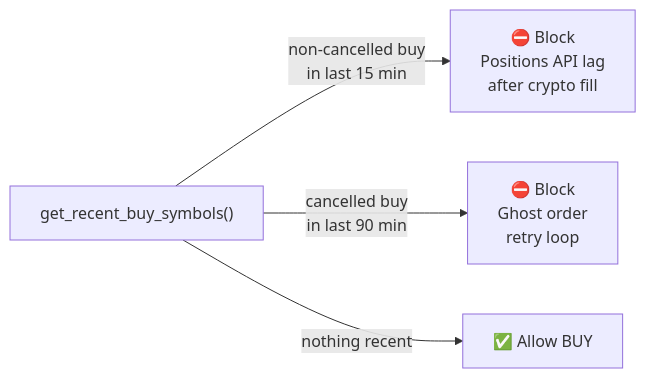
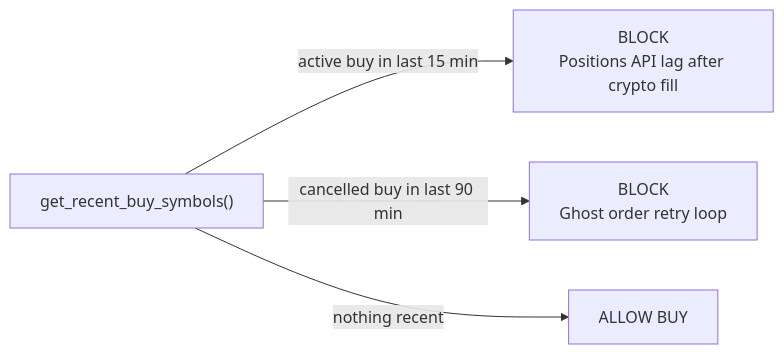
The sixth of 6 diagrams in README.md (vanrajbohra-ds/trading-bot), drawn with Mermaid before and after one commit. The commit also changed other lines of this file, not shown here.

First line of the commit message:
Fix Mermaid diagram syntax for GitHub renderer

````diff
--- a/README.md
+++ b/README.md
@@ -218,8 +197,8 @@
 ```mermaid
 flowchart LR
     CHECK["get_recent_buy_symbols()"]
 
-    CHECK -->|"non-cancelled buy\nin last 15 min"| B1["⛔ Block\nPositions API lag\nafter crypto fill"]
-    CHECK -->|"cancelled buy\nin last 90 min"| B2["⛔ Block\nGhost order\nretry loop"]
-    CHECK -->|"nothing recent"| OK["✅ Allow BUY"]
+    CHECK -->|"active buy in last 15 min"| B1["BLOCK\nPositions API lag after crypto fill"]
+    CHECK -->|"cancelled buy in last 90 min"| B2["BLOCK\nGhost order retry loop"]
+    CHECK -->|"nothing recent"| OK["ALLOW BUY"]
 ```
````
